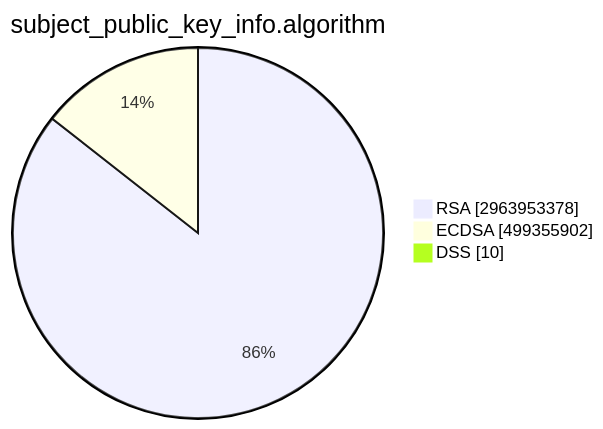
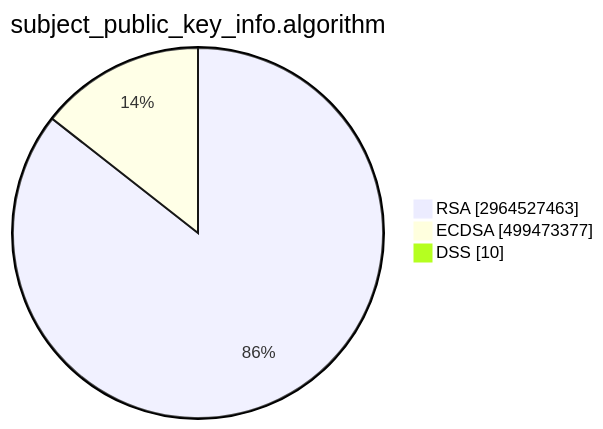
Before and after one commit to christiankrug/ctmonitor_visualization: the second of 15 diagrams in TOTAL/README.md, drawn with Mermaid. The commit also changed other lines of this file, not shown here.

````diff
--- a/TOTAL/README.md
+++ b/TOTAL/README.md
@@ -6,7 +6,7 @@
 ```mermaid
 pie showData
 title subject_public_key_info.algorithm
-"RSA" :2963953378
-"ECDSA" :499355902
+"RSA" :2964527463
+"ECDSA" :499473377
 "DSS" :10
 ```
````
